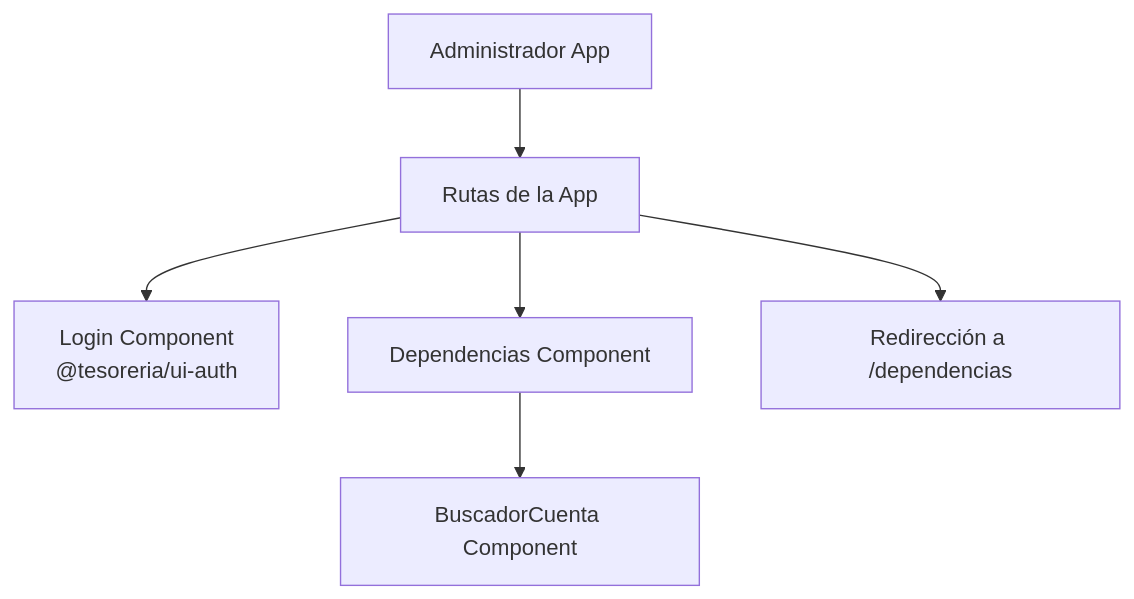
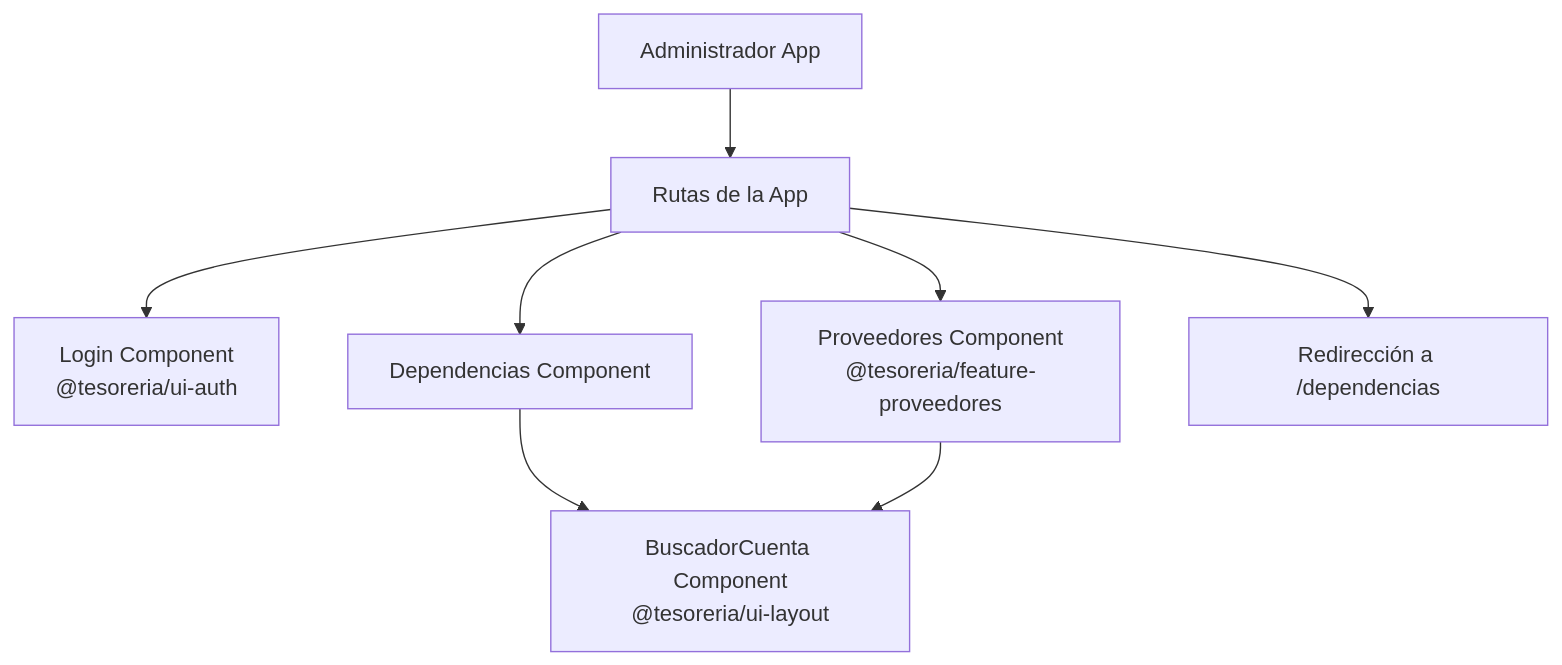
One commit to UM-services/UM.tesoreria.frontend-client changed the fourth of 6 diagrams in docs/architecture.md. Above: the diagram before and after it, drawn with Mermaid. The commit also changed other lines of this file and 26 other files, not shown here.

````diff
--- a/docs/architecture.md
+++ b/docs/architecture.md
@@ -87,9 +91,11 @@
 ```mermaid
 graph TD
     AdminApp[Administrador App] --> AppRoutes[Rutas de la App]
     AppRoutes --> Login[Login Component<br/>@tesoreria/ui-auth]
     AppRoutes --> Dependencias[Dependencias Component]
+    AppRoutes --> Proveedores[Proveedores Component<br/>@tesoreria/feature-proveedores]
     AppRoutes --> Redirect[Redirección a /dependencias]
 
-    Dependencias --> BuscadorCuenta[BuscadorCuenta Component]
+    Dependencias --> BuscadorCuenta[BuscadorCuenta Component<br/>@tesoreria/ui-layout]
+    Proveedores --> BuscadorCuenta
 ```
````
